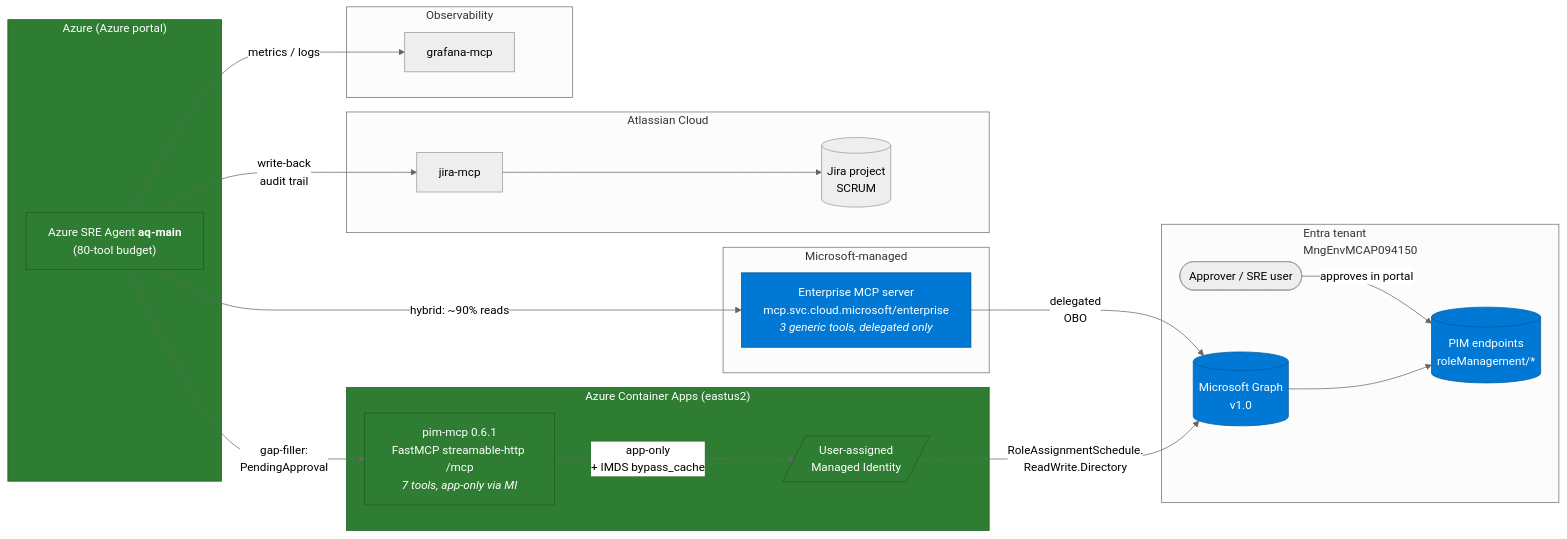
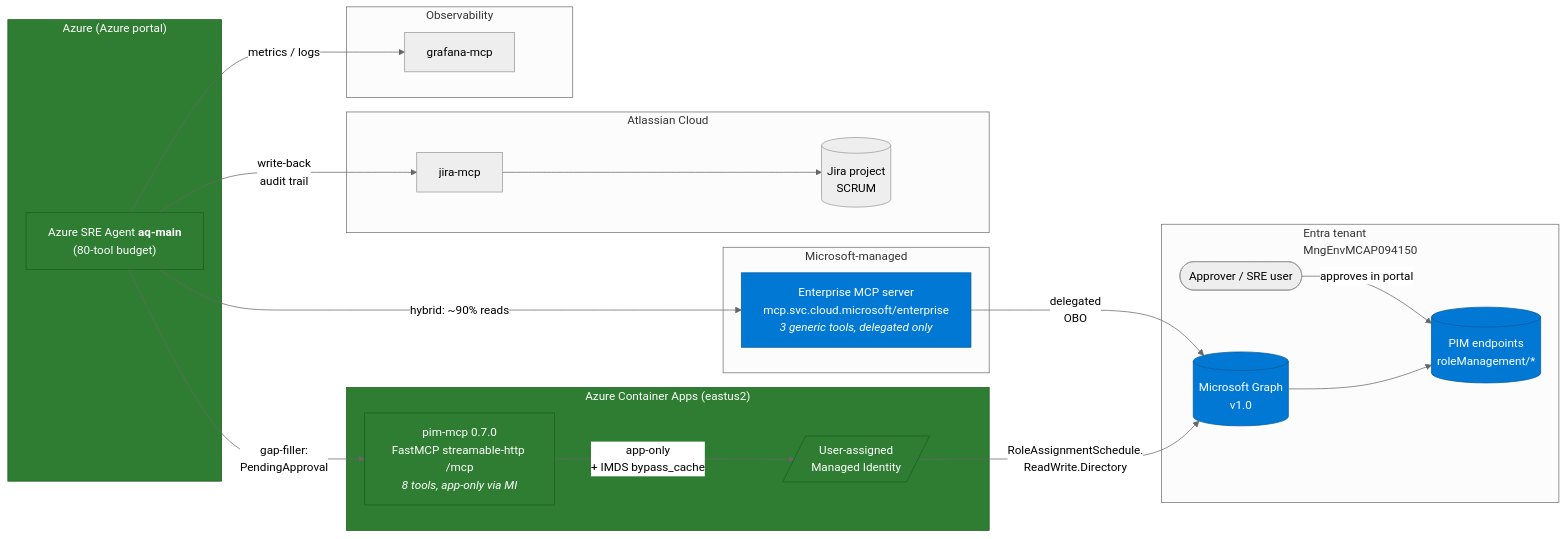
The first of 6 diagrams in pim-enablement-testbed/docs/architecture-diagrams.md (Arturo-Quiroga-MSFT/SRE-AGENT-JAN-2026), drawn with Mermaid (neutral theme) before and after one commit. The commit also changed other lines of this file and 6 other files, not shown here.

First line of the commit message:
feat(pim-mcp): add list_eligible_role_assignments tool (0.7.0)

````diff
--- a/pim-enablement-testbed/docs/architecture-diagrams.md
+++ b/pim-enablement-testbed/docs/architecture-diagrams.md
@@ -20,48 +20,48 @@
 ```mermaid
 flowchart LR
     subgraph Tenant["Entra tenant<br/>MngEnvMCAP094150"]
         User([Approver / SRE user])
         Graph[(Microsoft Graph<br/>v1.0)]
         PIM[(PIM endpoints<br/>roleManagement/*)]
     end
 
     subgraph AzPortal["Azure (Azure portal)"]
         Agent["Azure SRE Agent <b>aq-main</b><br/>(80-tool budget)"]
     end
 
     subgraph MS["Microsoft-managed"]
         EntMCP["Enterprise MCP server<br/>mcp.svc.cloud.microsoft/enterprise<br/><i>3 generic tools, delegated only</i>"]
     end
 
     subgraph ACA["Azure Container Apps (eastus2)"]
-        PimMCP["pim-mcp 0.6.1<br/>FastMCP streamable-http /mcp<br/><i>7 tools, app-only via MI</i>"]
+        PimMCP["pim-mcp 0.7.0<br/>FastMCP streamable-http /mcp<br/><i>8 tools, app-only via MI</i>"]
         MI[/User-assigned<br/>Managed Identity/]
     end
 
     subgraph Jira["Atlassian Cloud"]
         JiraMCP["jira-mcp"]
         SCRUM[(Jira project<br/>SCRUM)]
     end
 
     subgraph Obs["Observability"]
         GrafMCP["grafana-mcp"]
     end
 
     User -->|approves in portal| PIM
     Agent -->|hybrid: ~90% reads| EntMCP
     Agent -->|gap-filler:<br/>PendingApproval| PimMCP
     Agent -->|write-back<br/>audit trail| JiraMCP
     Agent -->|metrics / logs| GrafMCP
 
     EntMCP -->|delegated<br/>OBO| Graph
     PimMCP -->|app-only<br/>+ IMDS bypass_cache| MI
     MI -->|RoleAssignmentSchedule.<br/>ReadWrite.Directory| Graph
     Graph --> PIM
     JiraMCP --> SCRUM
 
     classDef ms fill:#0078d4,color:#fff,stroke:#005a9e
     classDef ours fill:#2e7d32,color:#fff,stroke:#1b5e20
     classDef gap fill:#c62828,color:#fff,stroke:#8e0000
     class EntMCP,Graph,PIM ms
     class Agent,AzPortal,PimMCP,MI,ACA ours
 ```
````
